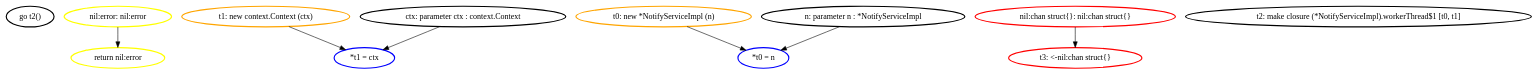
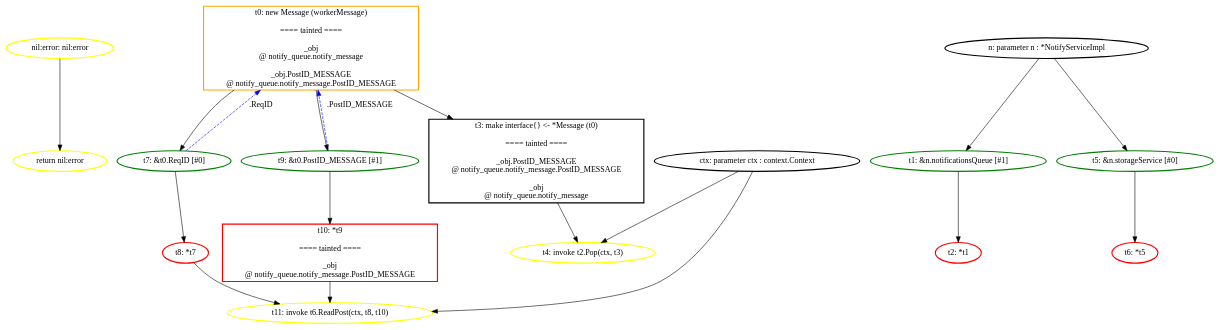
Before and after one commit to aletheia-microservices/aletheia: the diagram in ssa_analysis/analyzer/output/blueprint/postnotification/storageservice_storepost/graphs/postnotification_simple.NotifyServiceImpl.workerThread.dot, drawn with Graphviz. The commit also changed 88 other files, not shown here.

Commit message:
feat(abstractgraph): initial implementation of abstract call graph

```diff
--- a/ssa_analysis/analyzer/output/blueprint/postnotification/storageservice_storepost/graphs/postnotification_simple.NotifyServiceImpl.workerThread.dot
+++ b/ssa_analysis/analyzer/output/blueprint/postnotification/storageservice_storepost/graphs/postnotification_simple.NotifyServiceImpl.workerThread.dot
@@ -1,21 +1,60 @@
 digraph G {
 	rankdir=TD;
-	N_instr__2735847 [label="go t2()", style=bold, shape=ellipse, color="black"];
-	N_instr_ret_2736036 [label="return nil:error", style=bold, shape=ellipse, color="yellow"];
-	N_instr_store_1595124727 [label="*t1 = ctx", style=bold, shape=ellipse, color="blue"];
-	N_instr_store_583858365 [label="*t0 = n", style=bold, shape=ellipse, color="blue"];
-	N_nil_1793382789 [label="nil:chan struct{}: nil:chan struct{}", style=bold, shape=ellipse, color="red"];
-	N_nil_839034713 [label="nil:error: nil:error", style=bold, shape=ellipse, color="yellow"];
-	N_val_alloc_2735755 [label="t0: new *NotifyServiceImpl (n)", style=bold, shape=ellipse, color="orange"];
-	N_val_alloc_2735790 [label="t1: new context.Context (ctx)", style=bold, shape=ellipse, color="orange"];
-	N_val_param_2735755 [label="n: parameter n : *NotifyServiceImpl", style=bold, shape=ellipse, color="black"];
-	N_val_param_2735790 [label="ctx: parameter ctx : context.Context", style=bold, shape=ellipse, color="black"];
-	N_val_t2 [label="t2: make closure (*NotifyServiceImpl).workerThread$1 [t0, t1]", style=bold, shape=ellipse, color="black"];
-	N_val_unary_2736025 [label="t3: <-nil:chan struct{}", style=bold, shape=ellipse, color="red"];
-	N_val_alloc_2735755 -> N_instr_store_583858365;
-	N_val_param_2735755 -> N_instr_store_583858365;
-	N_val_alloc_2735790 -> N_instr_store_1595124727;
-	N_val_param_2735790 -> N_instr_store_1595124727;
-	N_nil_1793382789 -> N_val_unary_2736025;
-	N_nil_839034713 -> N_instr_ret_2736036;
+	N_instr_ret_2737408 [label="return nil:error", style=bold, shape=ellipse, color="yellow"];
+	N_nil_1712157948 [label="nil:error: nil:error", style=bold, shape=ellipse, color="yellow"];
+	N_val_alloc_2737231 [label="t0: new Message (workerMessage)
+
+==== tainted ====
+
+_obj
+@ notify_queue.notify_message
+
+_obj.PostID_MESSAGE
+@ notify_queue.notify_message.PostID_MESSAGE
+", style=bold, shape=box, color="orange"];
+	N_val_call_2737279 [label="t4: invoke t2.Pop(ctx, t3)", style=bold, shape=ellipse, color="yellow"];
+	N_val_call_2737328 [label="t11: invoke t6.ReadPost(ctx, t8, t10)", style=bold, shape=ellipse, color="yellow"];
+	N_val_field_2737257 [label="t1: &n.notificationsQueue [#1]", style=bold, shape=ellipse, color="green"];
+	N_val_field_2737305 [label="t5: &n.storageService [#0]", style=bold, shape=ellipse, color="green"];
+	N_val_field_2737348 [label="t7: &t0.ReqID [#0]", style=bold, shape=ellipse, color="green"];
+	N_val_field_2737369 [label="t9: &t0.PostID_MESSAGE [#1]", style=bold, shape=ellipse, color="green"];
+	N_val_ifacet3 [label="t3: make interface{} <- *Message (t0)
+
+==== tainted ====
+
+_obj.PostID_MESSAGE
+@ notify_queue.notify_message.PostID_MESSAGE
+
+_obj
+@ notify_queue.notify_message
+", style=bold, shape=box, color="black"];
+	N_val_param_2737115 [label="n: parameter n : *NotifyServiceImpl", style=bold, shape=ellipse, color="black"];
+	N_val_param_2737150 [label="ctx: parameter ctx : context.Context", style=bold, shape=ellipse, color="black"];
+	N_val_unary_2737257 [label="t2: *t1", style=bold, shape=ellipse, color="red"];
+	N_val_unary_2737305 [label="t6: *t5", style=bold, shape=ellipse, color="red"];
+	N_val_unary_2737348 [label="t8: *t7", style=bold, shape=ellipse, color="red"];
+	N_val_unary_2737369 [label="t10: *t9
+
+==== tainted ====
+
+_obj
+@ notify_queue.notify_message.PostID_MESSAGE
+", style=bold, shape=box, color="red"];
+	N_val_param_2737115 -> N_val_field_2737257;
+	N_val_field_2737257 -> N_val_unary_2737257;
+	N_val_alloc_2737231 -> N_val_ifacet3;
+	N_val_param_2737150 -> N_val_call_2737279;
+	N_val_ifacet3 -> N_val_call_2737279;
+	N_val_param_2737115 -> N_val_field_2737305;
+	N_val_field_2737305 -> N_val_unary_2737305;
+	N_val_alloc_2737231 -> N_val_field_2737348;
+	N_val_field_2737348 -> N_val_unary_2737348;
+	N_val_alloc_2737231 -> N_val_field_2737369;
+	N_val_field_2737369 -> N_val_unary_2737369;
+	N_val_param_2737150 -> N_val_call_2737328;
+	N_val_unary_2737348 -> N_val_call_2737328;
+	N_val_unary_2737369 -> N_val_call_2737328;
+	N_nil_1712157948 -> N_instr_ret_2737408;
+	N_val_field_2737348 -> N_val_alloc_2737231 [label=".ReqID", style=dashed, color=blue];
+	N_val_field_2737369 -> N_val_alloc_2737231 [label=".PostID_MESSAGE", style=dashed, color=blue];
 }
```
